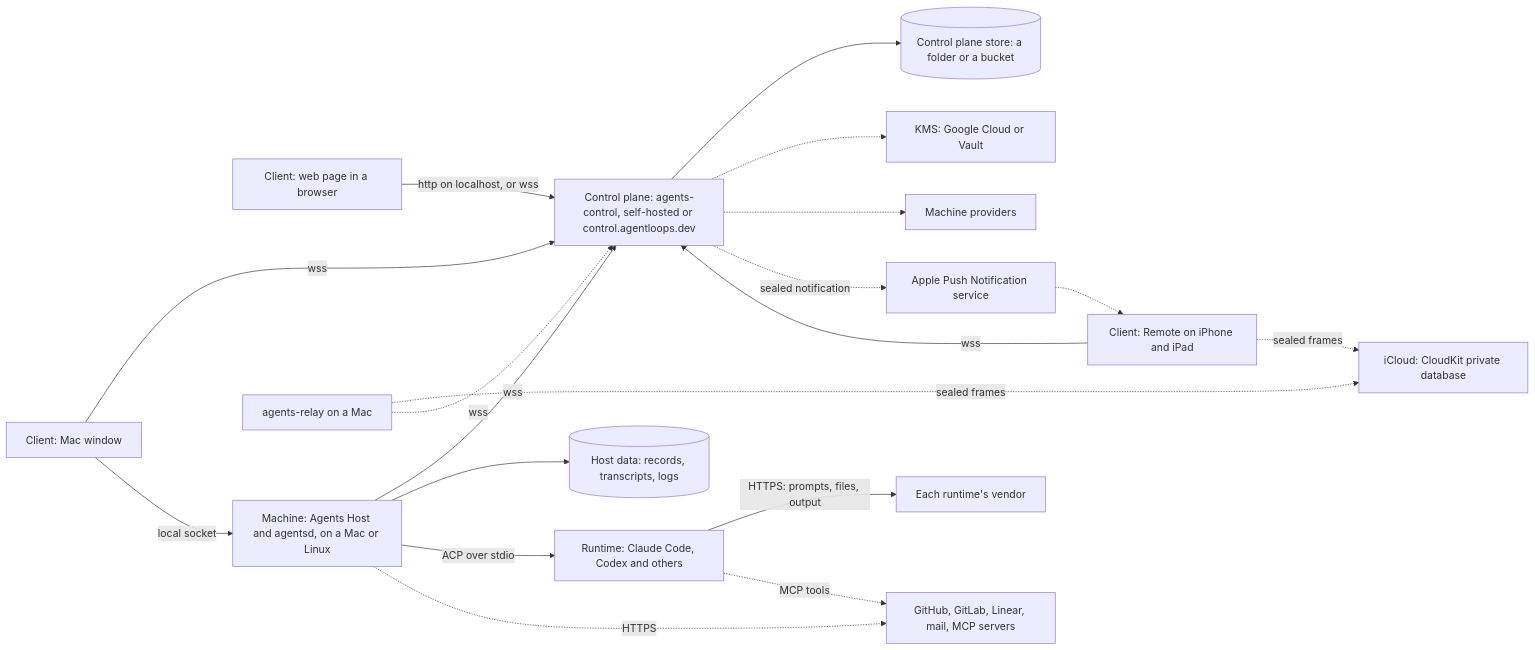
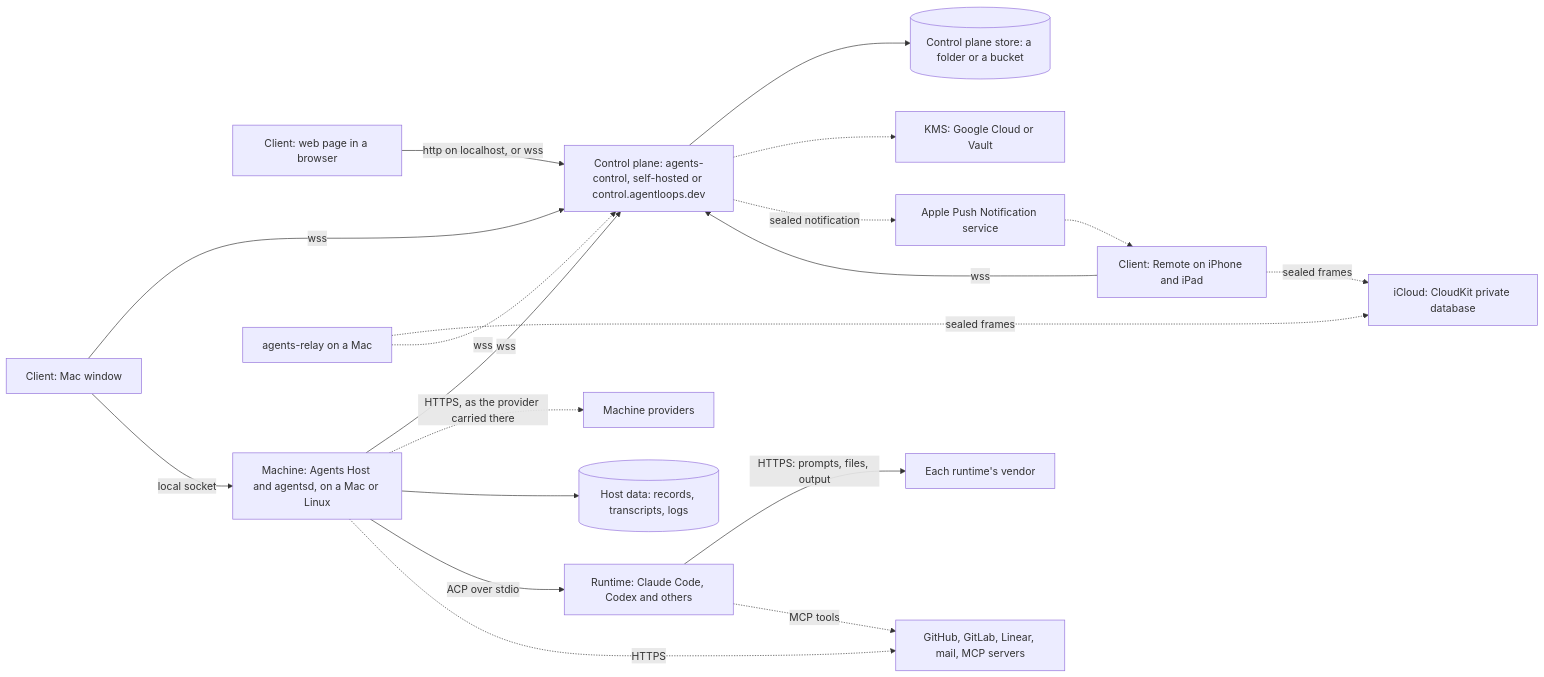
Before and after one commit to alexec/Agents: the diagram in docs/explanation/compliance/data-flow.md, drawn with Mermaid. The commit also changed other lines of this file and 36 other files, not shown here.

````diff
--- a/docs/explanation/compliance/data-flow.md
+++ b/docs/explanation/compliance/data-flow.md
@@ -18,37 +18,37 @@
 ```mermaid
 flowchart LR
     mac["Client: Mac window"]
     remote["Client: Remote on iPhone and iPad"]
     web["Client: web page in a browser"]
     control["Control plane: agents-control, self-hosted or control.agentloops.dev"]
     store[("Control plane store: a folder or a bucket")]
     agentsd["Machine: Agents Host and agentsd, on a Mac or Linux"]
     data[("Host data: records, transcripts, logs")]
     runtime["Runtime: Claude Code, Codex and others"]
     relay["agents-relay on a Mac"]
     icloud["iCloud: CloudKit private database"]
     apns["Apple Push Notification service"]
     vendor["Each runtime's vendor"]
     integrations["GitHub, GitLab, Linear, mail, MCP servers"]
     providers["Machine providers"]
     kms["KMS: Google Cloud or Vault"]
 
     mac -->|"wss"| control
     mac -->|"local socket"| agentsd
     remote -->|"wss"| control
     web -->|"http on localhost, or wss"| control
     agentsd -->|"wss"| control
     control --> store
     control -.-> kms
-    control -.-> providers
+    agentsd -.->|"HTTPS, as the provider carried there"| providers
     control -.->|"sealed notification"| apns
     apns -.-> remote
     agentsd --> data
     agentsd -->|"ACP over stdio"| runtime
     runtime -->|"HTTPS: prompts, files, output"| vendor
     agentsd -.->|"HTTPS"| integrations
     runtime -.->|"MCP tools"| integrations
     remote -.->|"sealed frames"| icloud
     relay -.->|"sealed frames"| icloud
     relay -.->|"wss"| control
 ```
````
